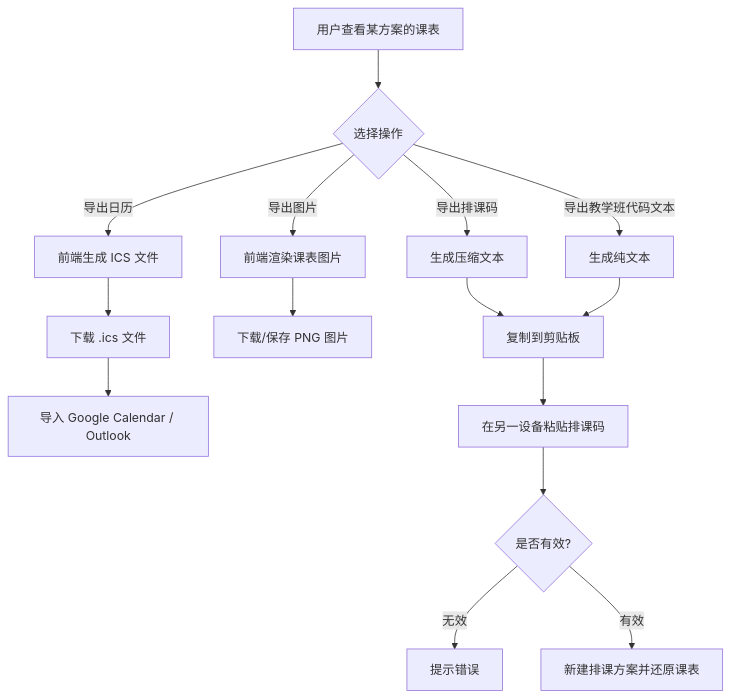
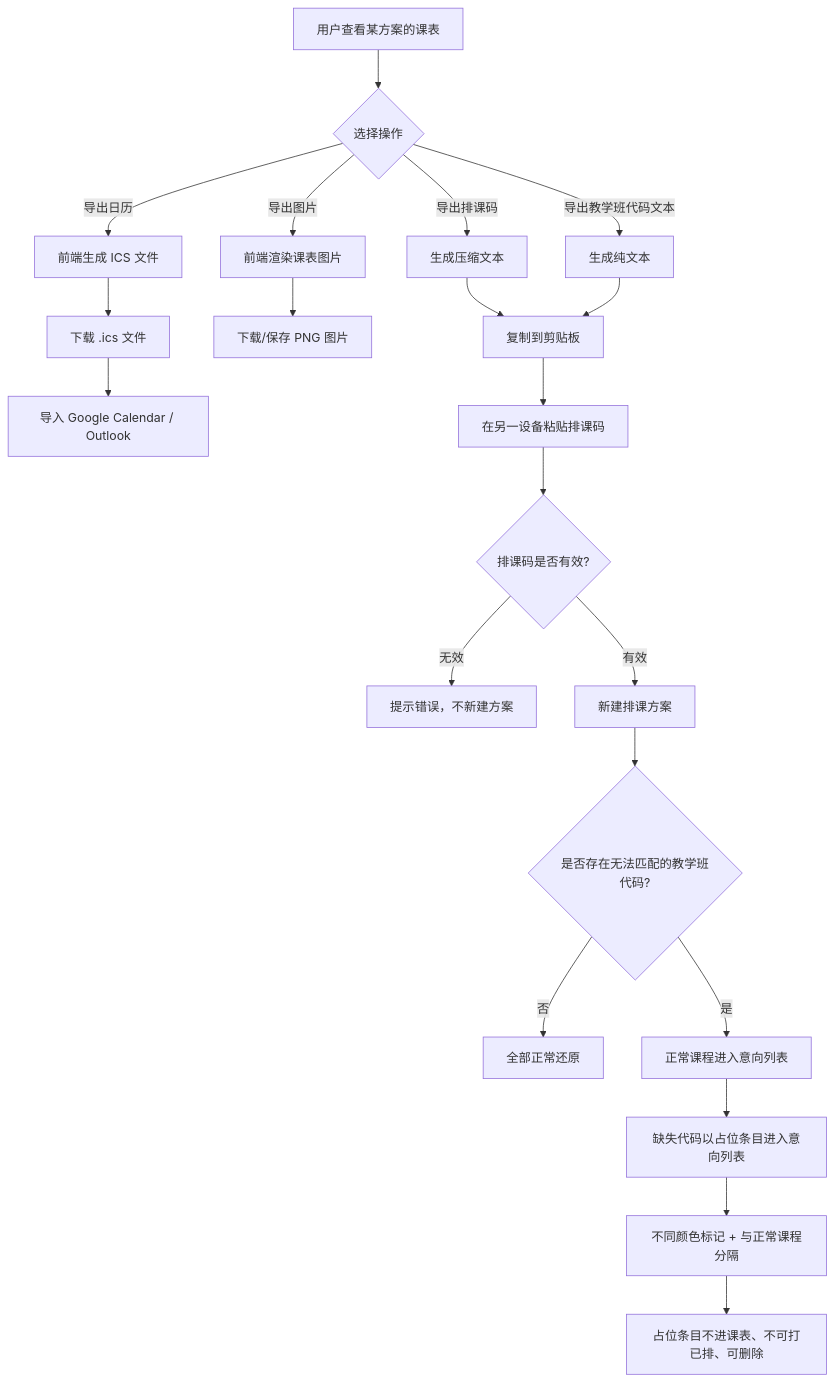
The fourth of 5 diagrams in docs/PRD-formal.md (ECNU-minus/Hydrangea), drawn with Mermaid before and after one commit. The commit also changed other lines of this file, not shown here.

````diff
--- a/docs/PRD-formal.md
+++ b/docs/PRD-formal.md
@@ -356,17 +374,23 @@
 ```mermaid
 flowchart TD
     A[用户查看某方案的课表] --> B{选择操作}
     B -- 导出日历 --> C[前端生成 ICS 文件]
     C --> D[下载 .ics 文件]
     D --> E[导入 Google Calendar / Outlook]
     B -- 导出图片 --> F[前端渲染课表图片]
     F --> G[下载/保存 PNG 图片]
     B -- 导出排课码 --> H[生成压缩文本]
     H --> I[复制到剪贴板]
     B -- 导出教学班代码文本 --> J[生成纯文本]
     J --> I
     I --> K[在另一设备粘贴排课码]
-    K --> L{是否有效?}
-    L -- 无效 --> M[提示错误]
-    L -- 有效 --> N[新建排课方案并还原课表]
+    K --> L{排课码是否有效?}
+    L -- 无效 --> M[提示错误，不新建方案]
+    L -- 有效 --> N[新建排课方案]
+    N --> O{是否存在无法匹配的教学班代码?}
+    O -- 否 --> P[全部正常还原]
+    O -- 是 --> Q[正常课程进入意向列表]
+    Q --> R[缺失代码以占位条目进入意向列表]
+    R --> S[不同颜色标记 + 与正常课程分隔]
+    S --> T[占位条目不进课表、不可打已排、可删除]
 ```
````
